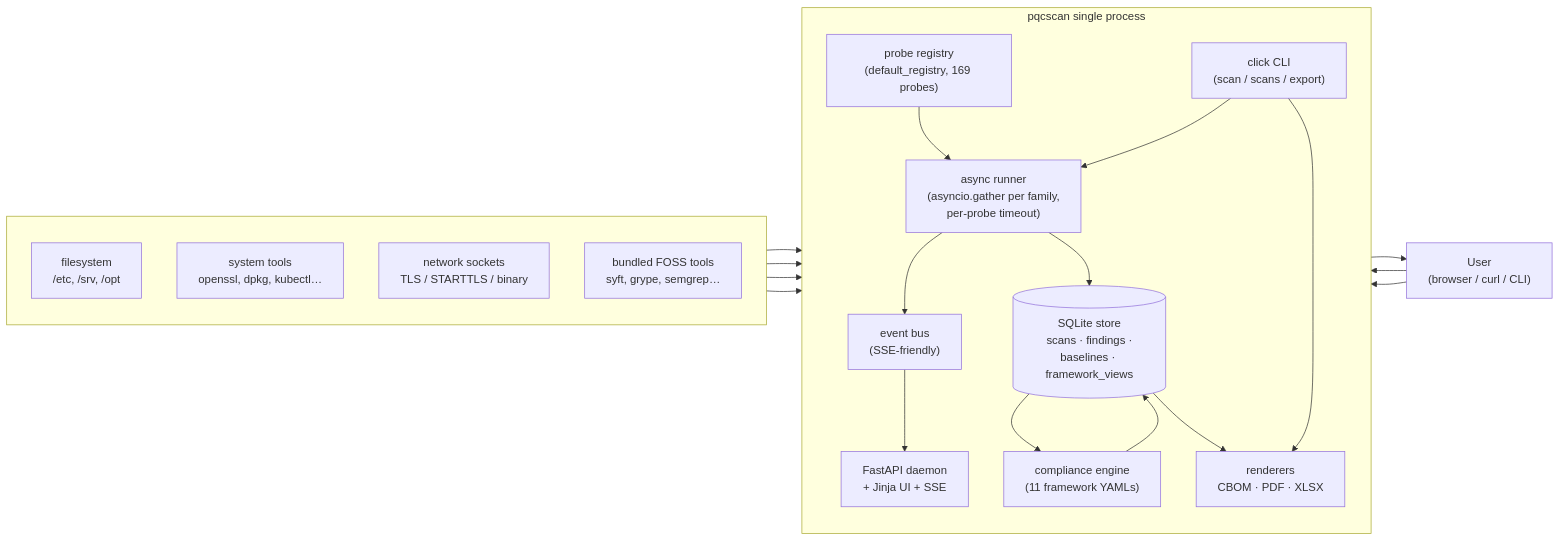
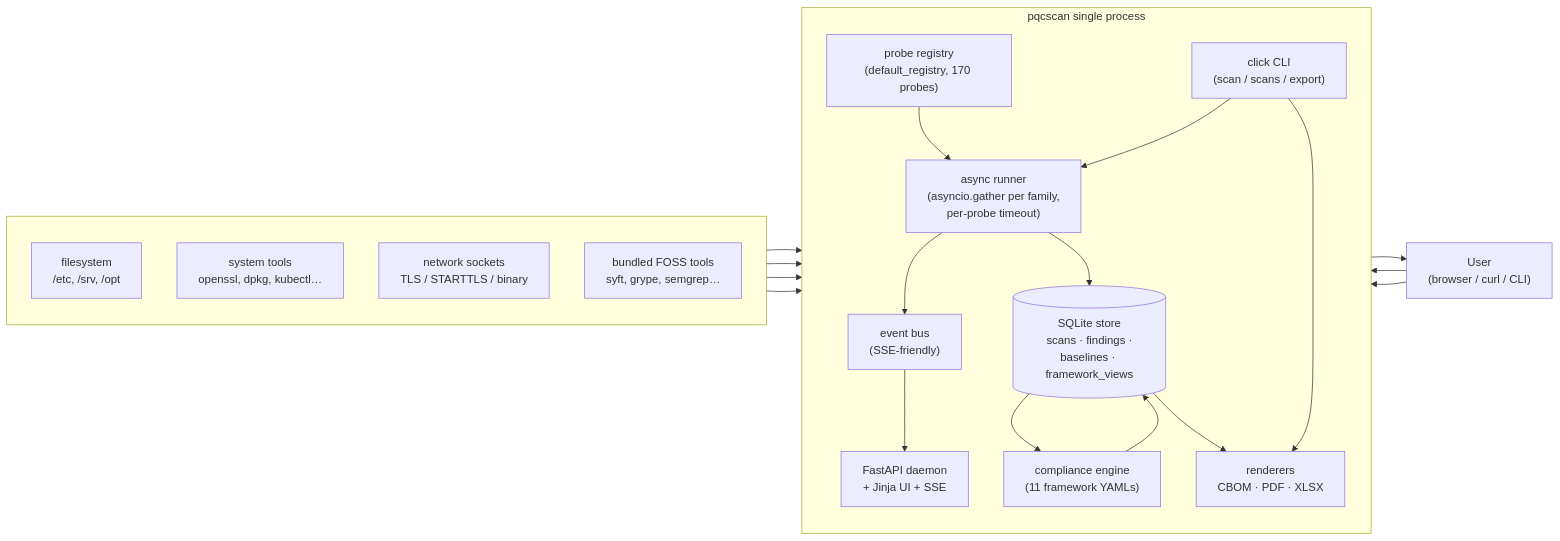
The first of 8 diagrams in README.md (orengacademy/pqc-scanner2), drawn with Mermaid before and after one commit. The commit also changed other lines of this file and 22 other files, not shown here.

````diff
--- a/README.md
+++ b/README.md
@@ -34,39 +34,39 @@
 ```mermaid
 flowchart LR
     subgraph host[" "]
         direction TB
         FS["filesystem<br/>/etc, /srv, /opt"]
         SYS["system tools<br/>openssl, dpkg, kubectl…"]
         NET["network sockets<br/>TLS / STARTTLS / binary"]
         FOSS["bundled FOSS tools<br/>syft, grype, semgrep…"]
     end
 
     subgraph proc["pqcscan single process"]
         direction TB
-        REG["probe registry<br/>(default_registry, 169 probes)"]
+        REG["probe registry<br/>(default_registry, 170 probes)"]
         RUN["async runner<br/>(asyncio.gather per family,<br/>per-probe timeout)"]
         BUS["event bus<br/>(SSE-friendly)"]
         REPO[("SQLite store<br/>scans · findings ·<br/>baselines · framework_views")]
         COMP["compliance engine<br/>(11 framework YAMLs)"]
         DAEMON["FastAPI daemon<br/>+ Jinja UI + SSE"]
         CLI["click CLI<br/>(scan / scans / export)"]
         REND["renderers<br/>CBOM · PDF · XLSX"]
     end
 
     USER["User<br/>(browser / curl / CLI)"]
 
     FS  --> RUN
     SYS --> RUN
     NET --> RUN
     FOSS --> RUN
     REG --> RUN
     RUN --> BUS --> DAEMON
     RUN --> REPO
     REPO --> COMP --> REPO
     REPO --> REND
     DAEMON --> USER
     CLI   --> RUN
     CLI   --> REND
     USER  --> DAEMON
     USER  --> CLI
 ```
````
